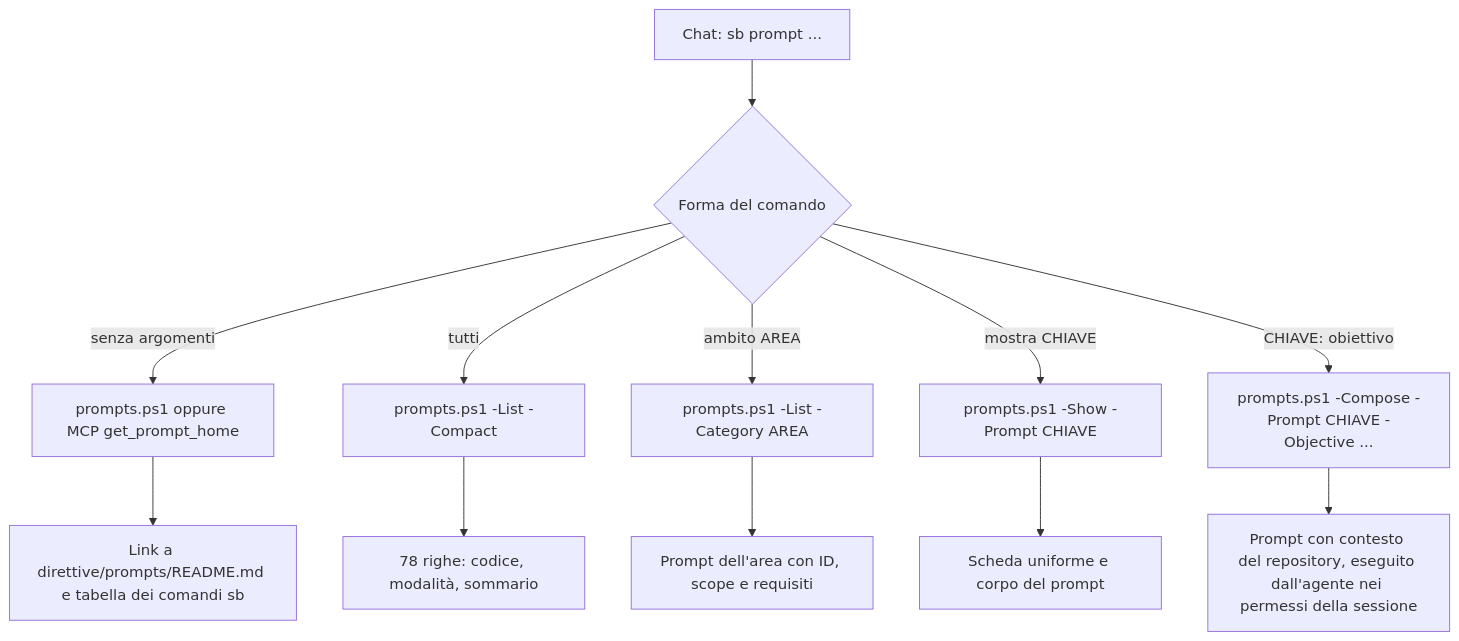
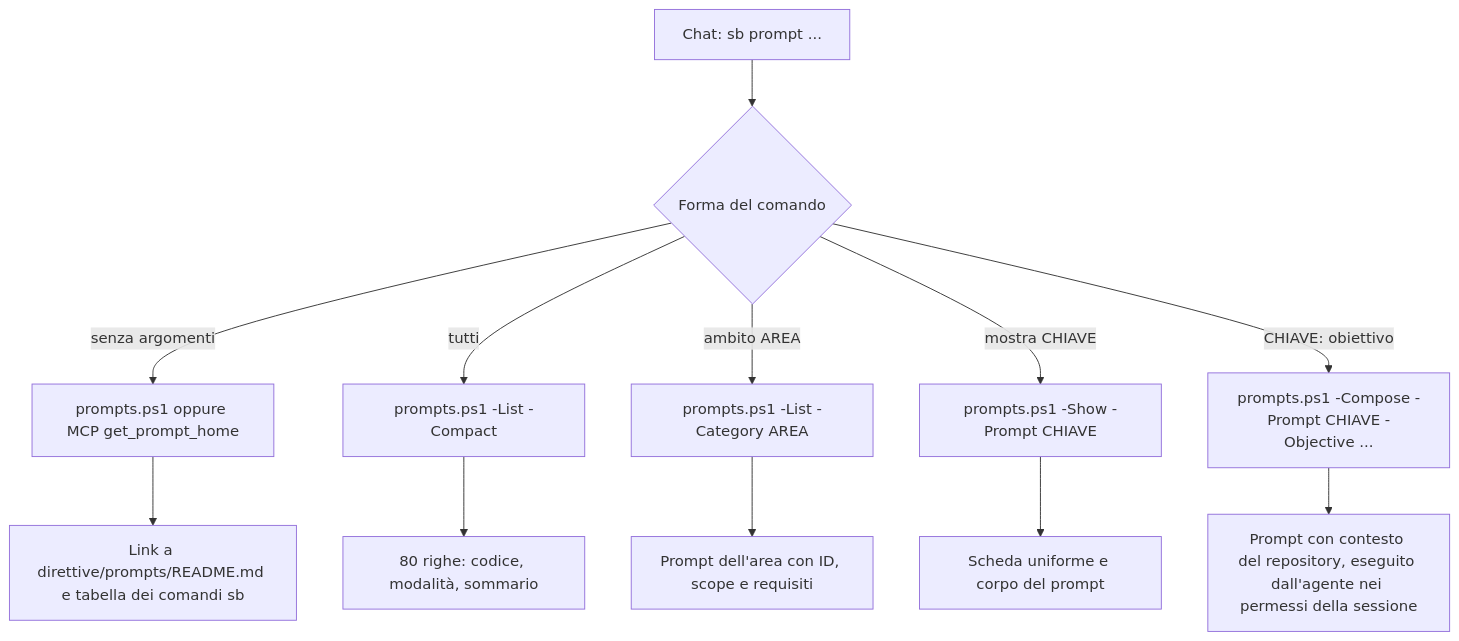
One commit to dennidalpos/secondbrain changed the second of 2 diagrams in docs/riferimento/customizing-prompts-and-directives.md. Above: the diagram before and after it, drawn with Mermaid. The commit also changed other lines of this file and 38 other files, not shown here.

````diff
--- a/docs/riferimento/customizing-prompts-and-directives.md
+++ b/docs/riferimento/customizing-prompts-and-directives.md
@@ -236,14 +237,14 @@
 ```mermaid
 flowchart TD
     A["Chat: sb prompt ..."] --> B{"Forma del comando"}
     B -->|"senza argomenti"| C["prompts.ps1 oppure MCP get_prompt_home"]
     B -->|"tutti"| D["prompts.ps1 -List -Compact"]
     B -->|"ambito AREA"| E["prompts.ps1 -List -Category AREA"]
     B -->|"mostra CHIAVE"| F["prompts.ps1 -Show -Prompt CHIAVE"]
     B -->|"CHIAVE: obiettivo"| G["prompts.ps1 -Compose -Prompt CHIAVE -Objective ..."]
     C --> H["Link a direttive/prompts/README.md e tabella dei comandi sb"]
-    D --> I["78 righe: codice, modalità, sommario"]
+    D --> I["80 righe: codice, modalità, sommario"]
     E --> J["Prompt dell'area con ID, scope e requisiti"]
     F --> K["Scheda uniforme e corpo del prompt"]
     G --> L["Prompt con contesto del repository, eseguito dall'agente nei permessi della sessione"]
 ```
````
